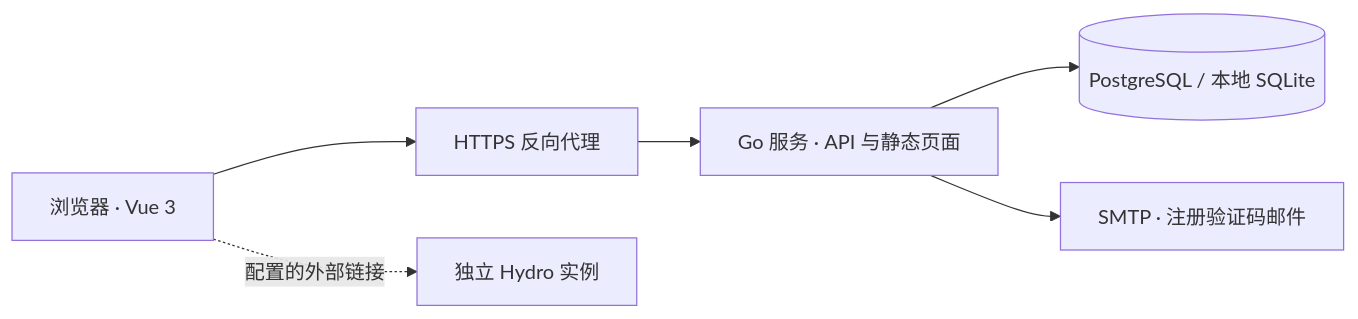
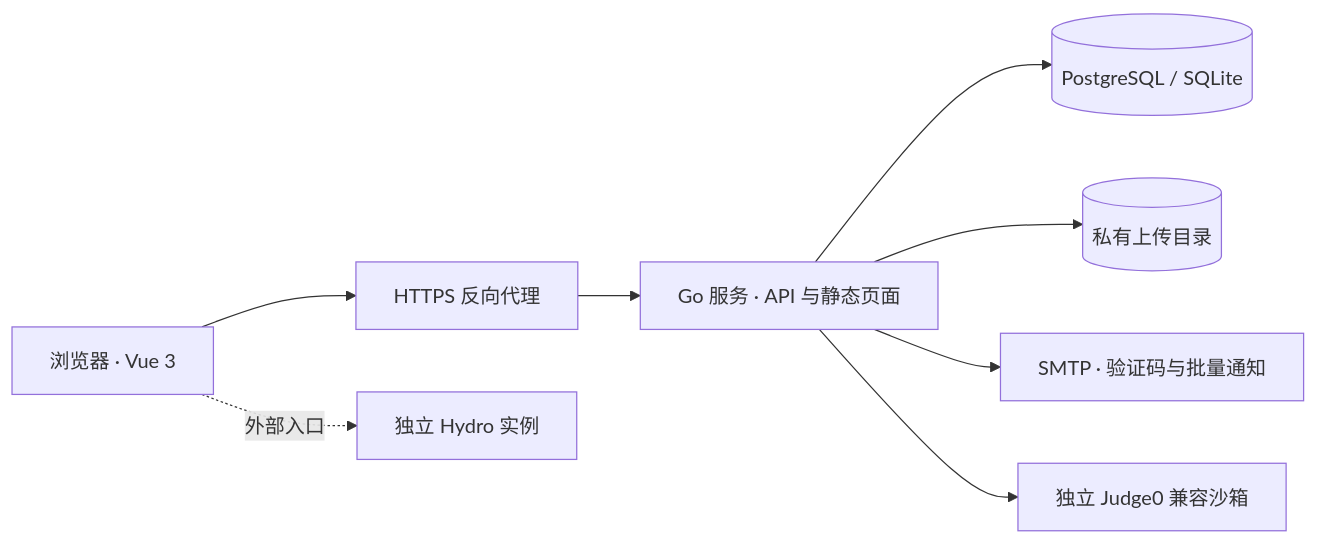
Before and after one commit to goldenfishs/MR_system: the diagram in docs/architecture.md, drawn with Mermaid. The commit also changed other lines of this file and 52 other files, not shown here.

````diff
--- a/docs/architecture.md
+++ b/docs/architecture.md
@@ -5,8 +5,10 @@
 ```mermaid
 flowchart LR
   Browser[浏览器 · Vue 3] --> Proxy[HTTPS 反向代理]
   Proxy --> App[Go 服务 · API 与静态页面]
-  App --> DB[(PostgreSQL / 本地 SQLite)]
-  App --> SMTP[SMTP · 注册验证码邮件]
-  Browser -.配置的外部链接.-> Hydro[独立 Hydro 实例]
+  App --> DB[(PostgreSQL / SQLite)]
+  App --> Files[(私有上传目录)]
+  App --> SMTP[SMTP · 验证码与批量通知]
+  App --> Judge[独立 Judge0 兼容沙箱]
+  Browser -.外部入口.-> Hydro[独立 Hydro 实例]
 ```
````
